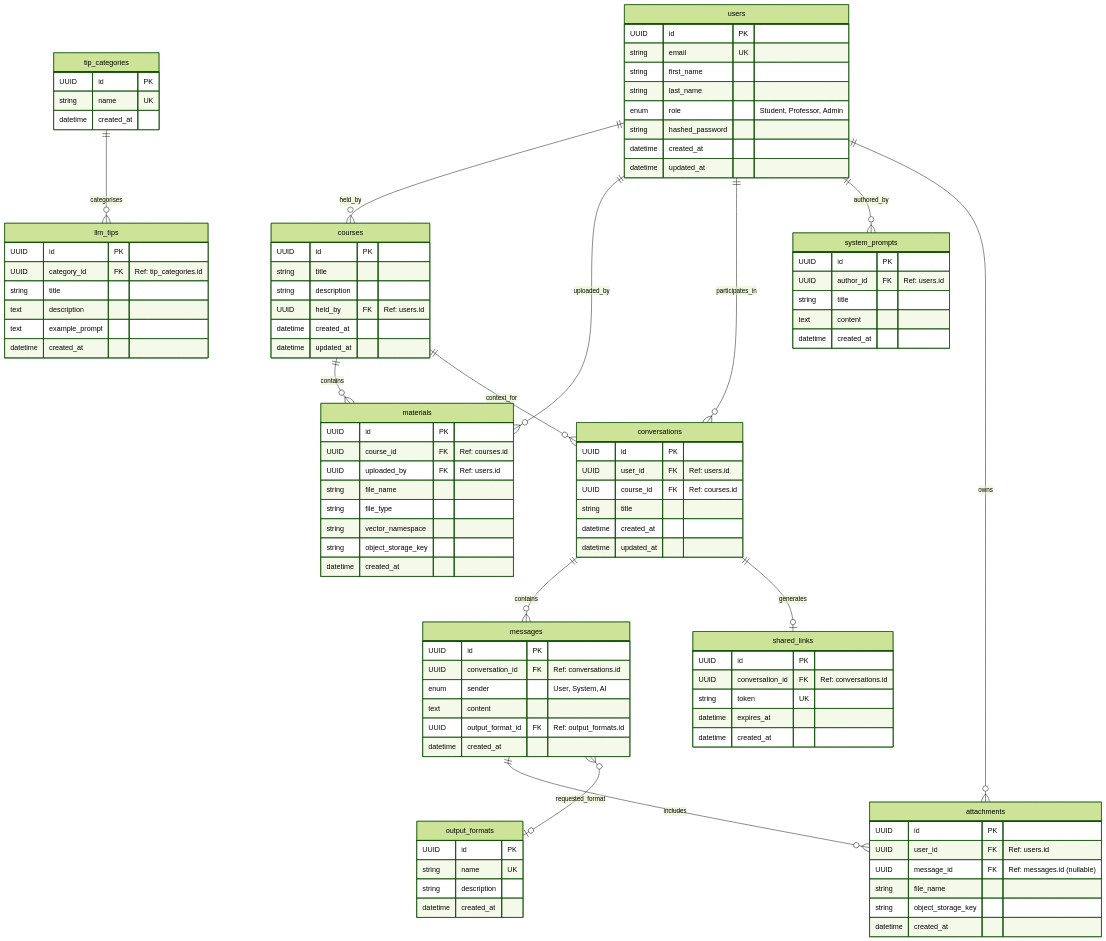
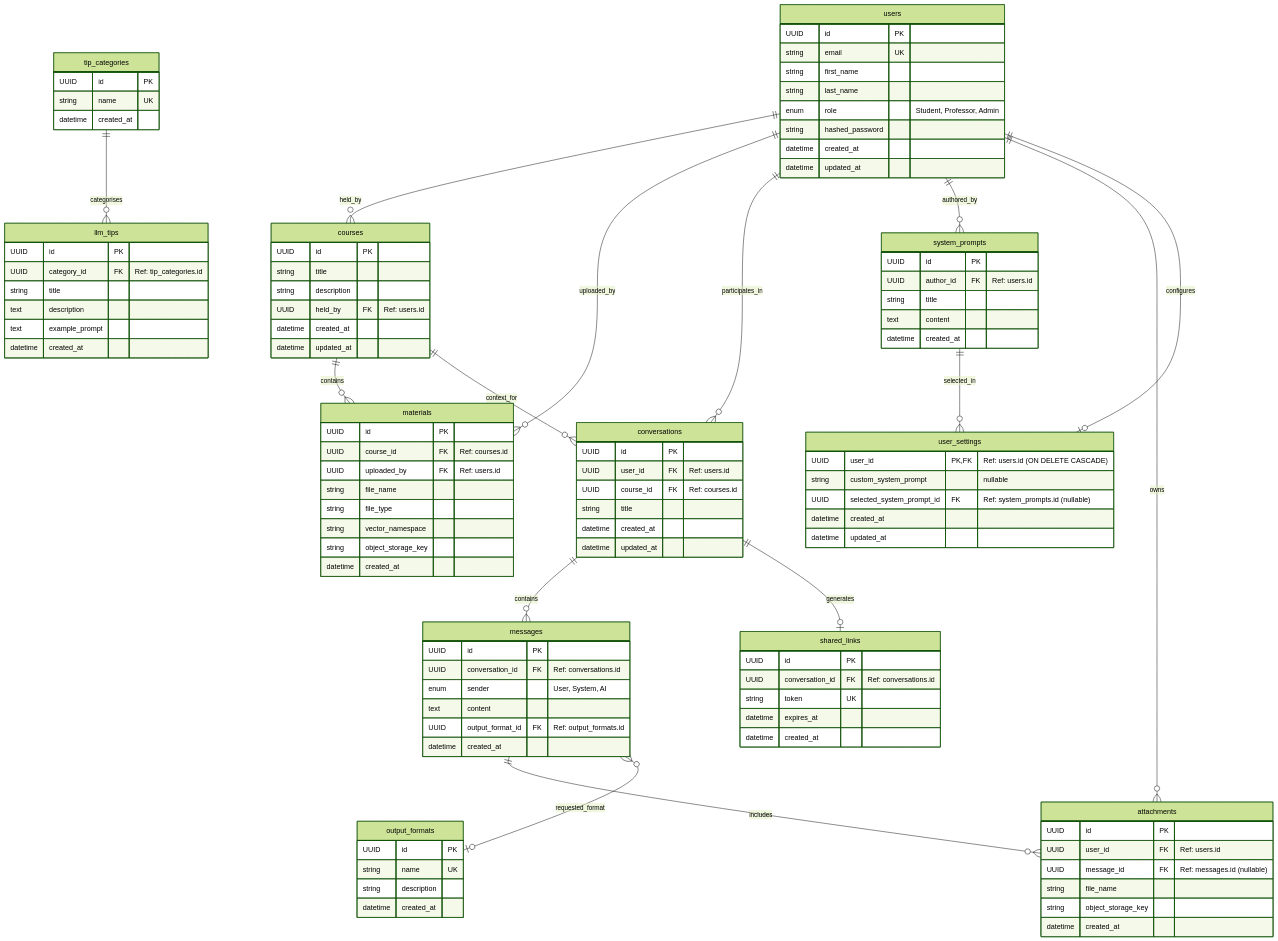
One commit to ULBS-cauci/backend changed the first of 3 diagrams in DATABASE_SCHEMA.md. Above: the diagram before and after it, drawn with Mermaid (forest theme). The commit also changed other lines of this file and 7 other files, not shown here.

First line of the commit message:
System prompt (#26)

````diff
--- a/DATABASE_SCHEMA.md
+++ b/DATABASE_SCHEMA.md
@@ -105,6 +105,15 @@
         datetime created_at
     }
 
+    %% 5. Per-User Settings
+    user_settings {
+        UUID user_id PK,FK "Ref: users.id (ON DELETE CASCADE)"
+        string custom_system_prompt "nullable"
+        UUID selected_system_prompt_id FK "Ref: system_prompts.id (nullable)"
+        datetime created_at
+        datetime updated_at
+    }
+
     %% Relationships
     %% Identity & Setup
     users ||--o{ courses : "held_by"
@@ -125,4 +134,8 @@
 
     %% Tips
     tip_categories ||--o{ llm_tips : "categorises"
+
+    %% Per-User Settings (user_id is PK → at most one row per user)
+    users ||--o| user_settings : "configures"
+    system_prompts ||--o{ user_settings : "selected_in"
 ```
````
